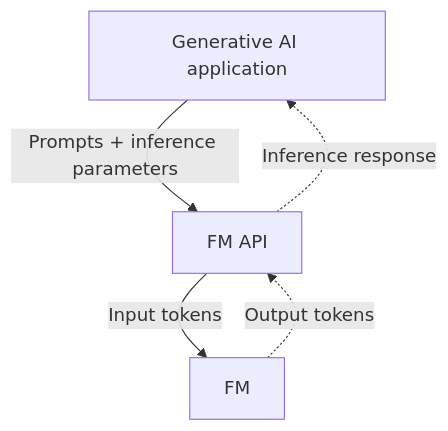
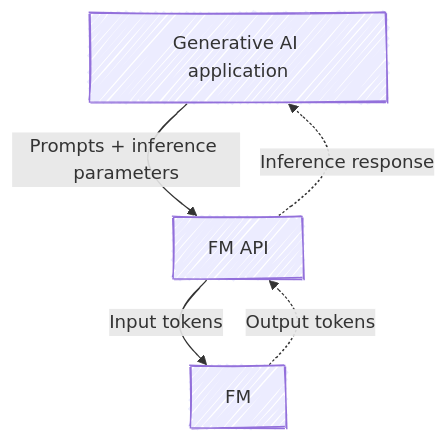
One commit to ojitha/ojitha.github.io changed the second of 4 diagrams in _posts/2025-04-27-AWS-LLM-Basics.md. Above: the diagram before and after it, drawn with Mermaid. The commit also changed other lines of this file, not shown here.

Commit message:
updated with handDrawn

````diff
--- a/_posts/2025-04-27-AWS-LLM-Basics.md
+++ b/_posts/2025-04-27-AWS-LLM-Basics.md
@@ -128,8 +133,13 @@
 ```mermaid
+---
+config:
+  theme: mc
+  look: handDrawn
+---
 flowchart TB
     A["Generative AI application"] -->|"Prompts + inference parameters"| B["FM API"]
     B -->|"Input tokens"| C["FM"]
     C -.->|"Output tokens"| B
     B -.->|"Inference response"| A
 
 ```
````
